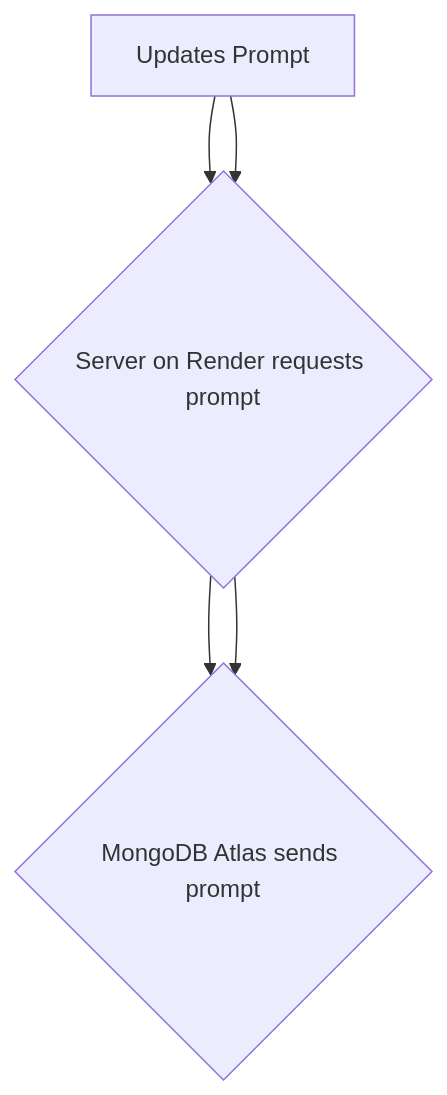
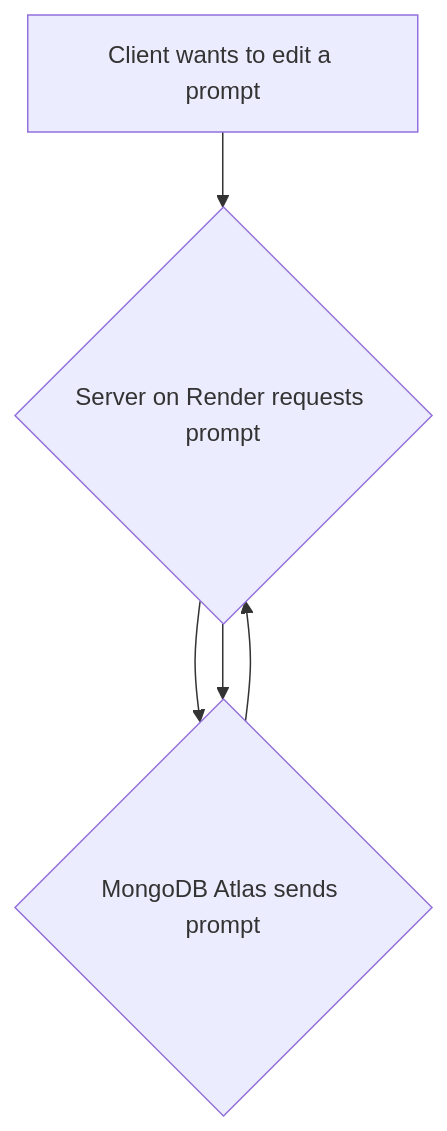
Before and after one commit to Full-Stack-Fluency/OpenImg-FrontEnd: the third of 3 diagrams in README.md, drawn with Mermaid.

````diff
--- a/README.md
+++ b/README.md
@@ -19,7 +19,7 @@
 ```mermaid
 flowchart TD
     A[Client wants to edit a prompt] --> B{Server on Render requests prompt};
     B --> C{MongoDB Atlas sends prompt};
-    A[Updates Prompt] --> B{Server on Render requests prompt};
+    C[Client Updates Prompt] --> B{Server on Render requests prompt};
     B --> C{MongoDB Atlas sends prompt};
 ```
````
